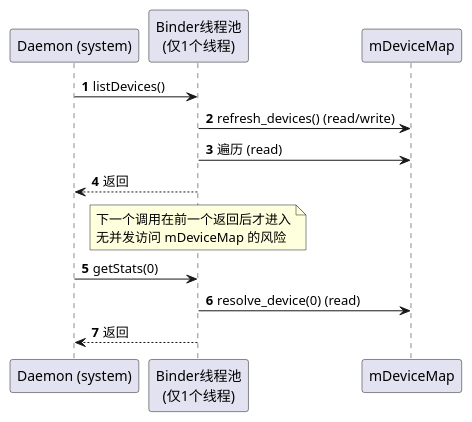
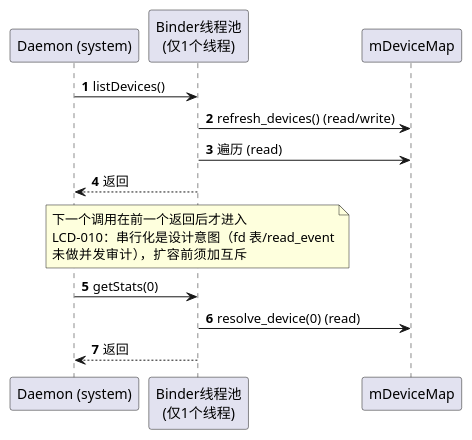
Before and after one commit to lechao365/AndroidSystemEnhance: the seventh of 13 diagrams in docs/02-IO增强/02.02-HAL增强-lciod-hal.md, drawn with PlantUML. The commit also changed other lines of this file and 184 other files, not shown here.

````diff
--- a/docs/02-IO增强/02.02-HAL增强-lciod-hal.md
+++ b/docs/02-IO增强/02.02-HAL增强-lciod-hal.md
@@ -318,19 +319,19 @@
 ```plantuml
 @startuml
 autonumber
 participant "Daemon (system)" as D
 participant "Binder线程池\n(仅1个线程)" as B
 participant "mDeviceMap" as M
 
 D -> B : listDevices()
 B -> M : refresh_devices() (read/write)
 B -> M : 遍历 (read)
 B --> D : 返回
 
-note over B: 下一个调用在前一个返回后才进入\n无并发访问 mDeviceMap 的风险
+note over B: 下一个调用在前一个返回后才进入\nLCD-010：串行化是设计意图（fd 表/read_event\n未做并发审计），扩容前须加互斥
 
 D -> B : getStats(0)
 B -> M : resolve_device(0) (read)
 B --> D : 返回
 @enduml
 ```
````
